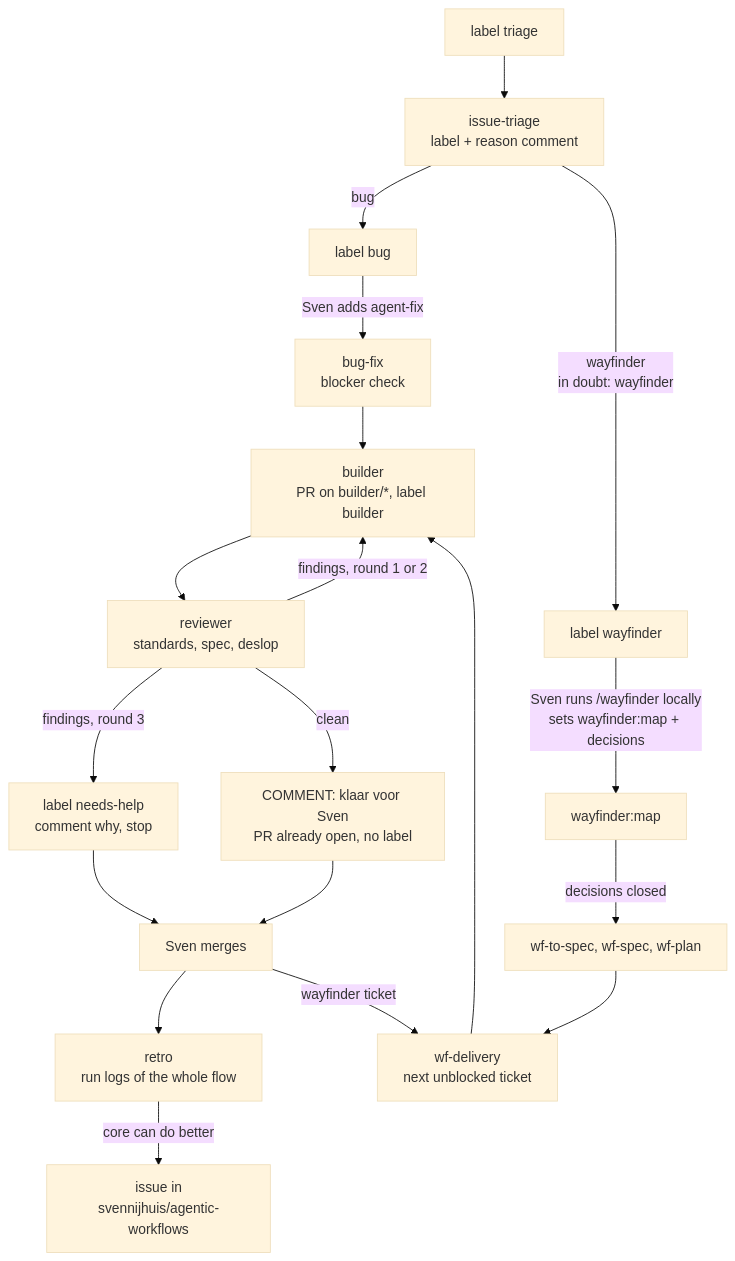
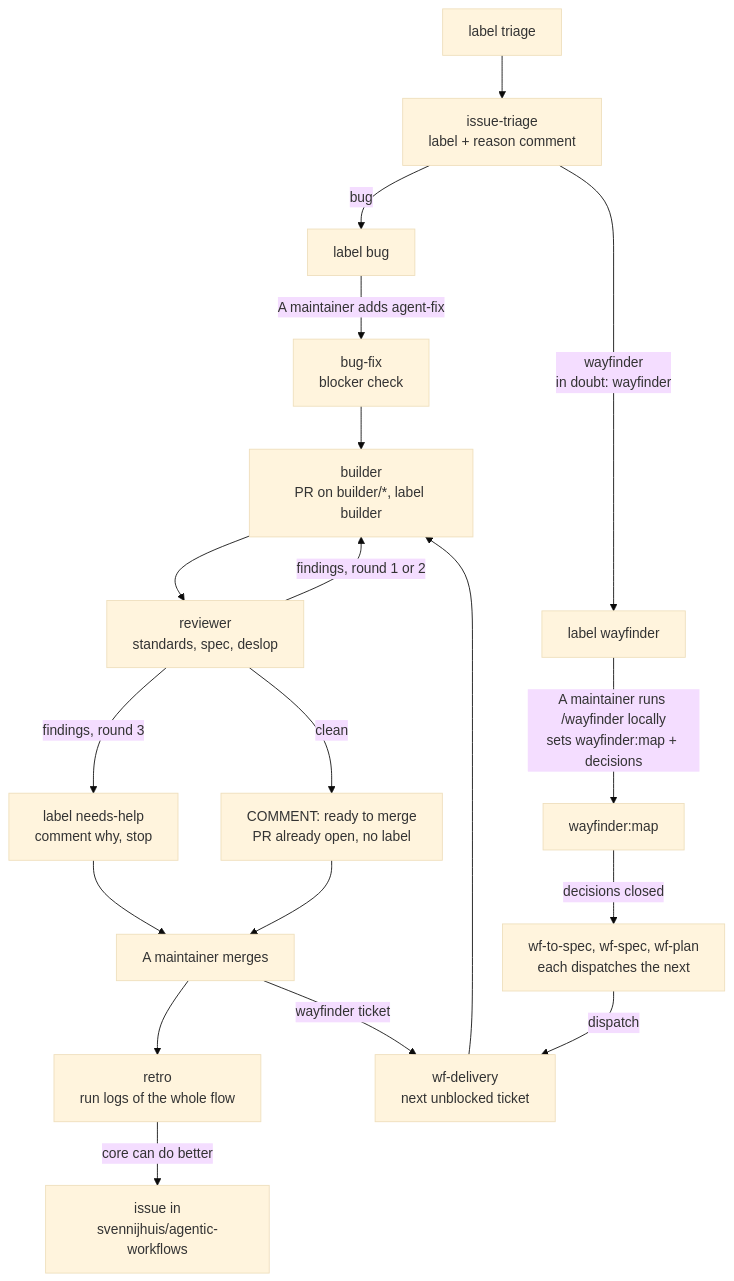
Before and after one commit to svennijhuis/agentic-workflows: the first of 5 diagrams in workflows/README.md, drawn with Mermaid (base theme). The commit also changed other lines of this file and 15 other files, not shown here.

First line of the commit message:
Close flow gaps: dispatch handoffs, comment-only reviews, caps, token audit (#40)

````diff
--- a/workflows/README.md
+++ b/workflows/README.md
@@ -30,21 +31,21 @@
 ```mermaid
 flowchart TD
   T[label triage] --> TR[issue-triage<br/>label + reason comment]
   TR -->|bug| B[label bug]
   TR -->|wayfinder<br/>in doubt: wayfinder| W[label wayfinder]
-  W -->|Sven runs /wayfinder locally<br/>sets wayfinder:map + decisions| WM[wayfinder:map]
-  B -->|Sven adds agent-fix| IF[bug-fix<br/>blocker check]
-  WM -->|decisions closed| CH[wf-to-spec, wf-spec, wf-plan]
-  CH --> DL[wf-delivery<br/>next unblocked ticket]
+  W -->|A maintainer runs /wayfinder locally<br/>sets wayfinder:map + decisions| WM[wayfinder:map]
+  B -->|A maintainer adds agent-fix| IF[bug-fix<br/>blocker check]
+  WM -->|decisions closed| CH[wf-to-spec, wf-spec, wf-plan<br/>each dispatches the next]
+  CH -->|dispatch| DL[wf-delivery<br/>next unblocked ticket]
   IF --> BU[builder<br/>PR on builder/*, label builder]
   DL --> BU
   BU --> RV[reviewer<br/>standards, spec, deslop]
   RV -->|findings, round 1 or 2| BU
   RV -->|findings, round 3| NH[label needs-help<br/>comment why, stop]
-  RV -->|clean| OK[COMMENT: klaar voor Sven<br/>PR already open, no label]
-  OK --> M[Sven merges]
+  RV -->|clean| OK[COMMENT: ready to merge<br/>PR already open, no label]
+  OK --> M[A maintainer merges]
   NH --> M
   M --> RE[retro<br/>run logs of the whole flow]
   RE -->|core can do better| CI[issue in<br/>svennijhuis/agentic-workflows]
   M -->|wayfinder ticket| DL
 ```
````
